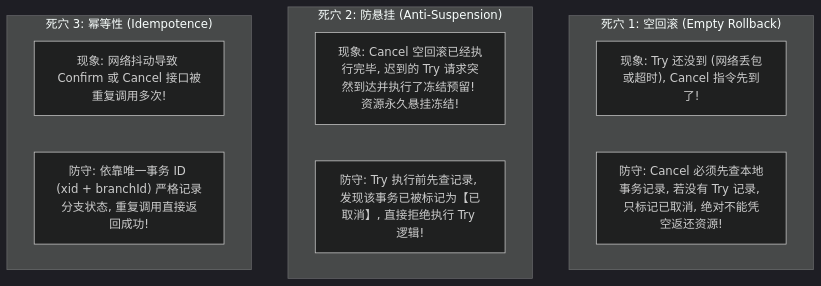
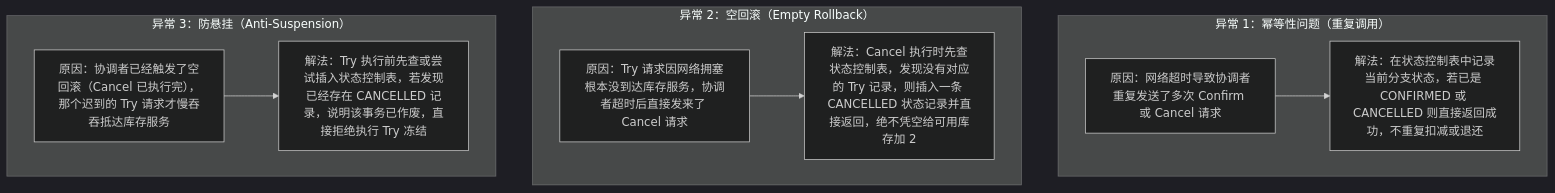
One commit to GuoWWWX/knowledge-base changed the third of 5 diagrams in 20-Java后端/07-分布式与微服务/03-分布式事务-2PC-TCC-Saga.md. Above: the diagram before and after it, drawn with Mermaid (dark theme). The commit also changed other lines of this file and 251 other files, not shown here.

````diff
--- a/20-Java后端/07-分布式与微服务/03-分布式事务-2PC-TCC-Saga.md
+++ b/20-Java后端/07-分布式与微服务/03-分布式事务-2PC-TCC-Saga.md
@@ -87,17 +150,20 @@
 ```mermaid
 flowchart TD
-    subgraph 坑1["死穴 1: 空回滚 (Empty Rollback)"]
-        T1["现象: Try 还没到 (网络丢包或超时), Cancel 指令先到了!"]
-        T2["防守: Cancel 必须先查本地事务记录, 若没有 Try 记录, 只标记已取消, 绝对不能凭空返还资源!"]
+    subgraph Issue1["异常 1：幂等性问题（重复调用）"]
+        P1["原因：网络超时导致协调者重复发送了多次 Confirm 或 Cancel 请求"]
+        S1["解法：在状态控制表中记录当前分支状态，若已是 CONFIRMED 或 CANCELLED 则直接返回成功，不重复扣减或退还"]
+        P1 --> S1
     end
 
-    subgraph 坑2["死穴 2: 防悬挂 (Anti-Suspension)"]
-        S1["现象: Cancel 空回滚已经执行完毕, 迟到的 Try 请求突然到达并执行了冻结预留! 资源永久悬挂冻结!"]
-        S2["防守: Try 执行前先查记录, 发现该事务已被标记为【已取消】, 直接拒绝执行 Try 逻辑!"]
+    subgraph Issue2["异常 2：空回滚（Empty Rollback）"]
+        P2["原因：Try 请求因网络拥塞根本没到达库存服务，协调者超时后直接发来了 Cancel 请求"]
+        S2["解法：Cancel 执行时先查状态控制表，发现没有对应的 Try 记录，则插入一条 CANCELLED 状态记录并直接返回，绝不凭空给可用库存加 2"]
+        P2 --> S2
     end
 
-    subgraph 坑3["死穴 3: 幂等性 (Idempotence)"]
-        I1["现象: 网络抖动导致 Confirm 或 Cancel 接口被重复调用多次!"]
-        I2["防守: 依靠唯一事务 ID (xid + branchId) 严格记录分支状态, 重复调用直接返回成功!"]
+    subgraph Issue3["异常 3：防悬挂（Anti-Suspension）"]
+        P3["原因：协调者已经触发了空回滚（Cancel 已执行完），那个迟到的 Try 请求才慢吞吞抵达库存服务"]
+        S3["解法：Try 执行前先查或尝试插入状态控制表，若发现已经存在 CANCELLED 记录，说明该事务已作废，直接拒绝执行 Try 冻结"]
+        P3 --> S3
     end
 ```
````
